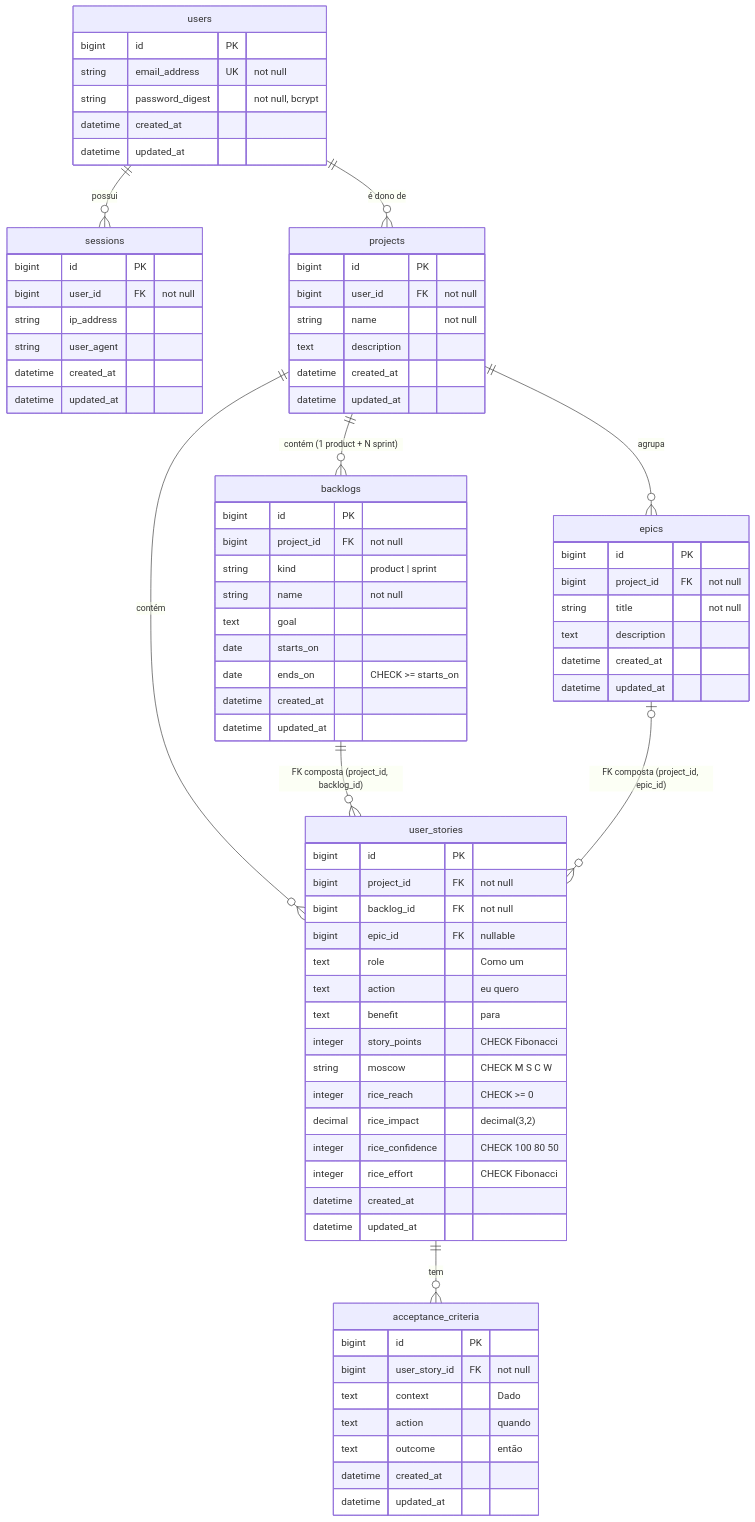
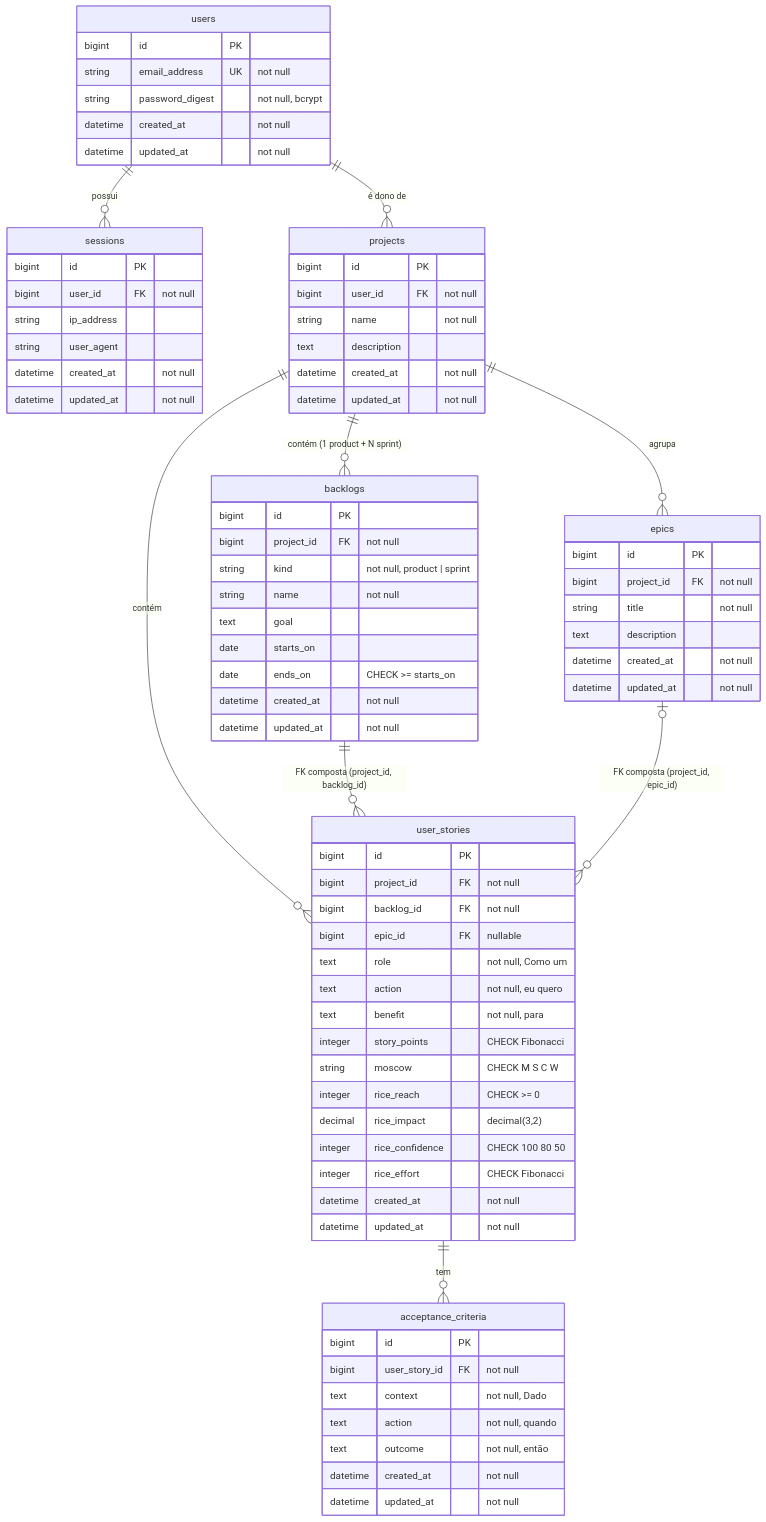
One commit to WilsonSousajr/okonomi changed the diagram in docs/BANCO-DE-DADOS/der.mmd. Above: the diagram before and after it, drawn with Mermaid. The commit also changed 3 other files, not shown here.

```diff
--- a/docs/BANCO-DE-DADOS/der.mmd
+++ b/docs/BANCO-DE-DADOS/der.mmd
@@ -1,80 +1,80 @@
 %% Diagrama físico do banco do okonomi (artefato 7, #31). Gerado a partir de db/schema.rb.
 %% Renderizar: npx -y @mermaid-js/mermaid-cli@11.4.2 -i docs/BANCO-DE-DADOS/der.mmd -o docs/BANCO-DE-DADOS/der.png -w 1600 -b white
 erDiagram
   users ||--o{ sessions : "possui"
   users ||--o{ projects : "é dono de"
   projects ||--o{ backlogs : "contém (1 product + N sprint)"
   projects ||--o{ epics : "agrupa"
   projects ||--o{ user_stories : "contém"
   backlogs ||--o{ user_stories : "FK composta (project_id, backlog_id)"
   epics |o--o{ user_stories : "FK composta (project_id, epic_id)"
   user_stories ||--o{ acceptance_criteria : "tem"
 
   users {
     bigint id PK
     string email_address UK "not null"
     string password_digest "not null, bcrypt"
-    datetime created_at
-    datetime updated_at
+    datetime created_at "not null"
+    datetime updated_at "not null"
   }
   sessions {
     bigint id PK
     bigint user_id FK "not null"
     string ip_address
     string user_agent
-    datetime created_at
-    datetime updated_at
+    datetime created_at "not null"
+    datetime updated_at "not null"
   }
   projects {
     bigint id PK
     bigint user_id FK "not null"
     string name "not null"
     text description
-    datetime created_at
-    datetime updated_at
+    datetime created_at "not null"
+    datetime updated_at "not null"
   }
   backlogs {
     bigint id PK
     bigint project_id FK "not null"
-    string kind "product | sprint"
+    string kind "not null, product | sprint"
     string name "not null"
     text goal
     date starts_on
     date ends_on "CHECK >= starts_on"
-    datetime created_at
-    datetime updated_at
+    datetime created_at "not null"
+    datetime updated_at "not null"
   }
   epics {
     bigint id PK
     bigint project_id FK "not null"
     string title "not null"
     text description
-    datetime created_at
-    datetime updated_at
+    datetime created_at "not null"
+    datetime updated_at "not null"
   }
   user_stories {
     bigint id PK
     bigint project_id FK "not null"
     bigint backlog_id FK "not null"
     bigint epic_id FK "nullable"
-    text role "Como um"
-    text action "eu quero"
-    text benefit "para"
+    text role "not null, Como um"
+    text action "not null, eu quero"
+    text benefit "not null, para"
     integer story_points "CHECK Fibonacci"
     string moscow "CHECK M S C W"
     integer rice_reach "CHECK >= 0"
     decimal rice_impact "decimal(3,2)"
     integer rice_confidence "CHECK 100 80 50"
     integer rice_effort "CHECK Fibonacci"
-    datetime created_at
-    datetime updated_at
+    datetime created_at "not null"
+    datetime updated_at "not null"
   }
   acceptance_criteria {
     bigint id PK
     bigint user_story_id FK "not null"
-    text context "Dado"
-    text action "quando"
-    text outcome "então"
-    datetime created_at
-    datetime updated_at
+    text context "not null, Dado"
+    text action "not null, quando"
+    text outcome "not null, então"
+    datetime created_at "not null"
+    datetime updated_at "not null"
   }
```
